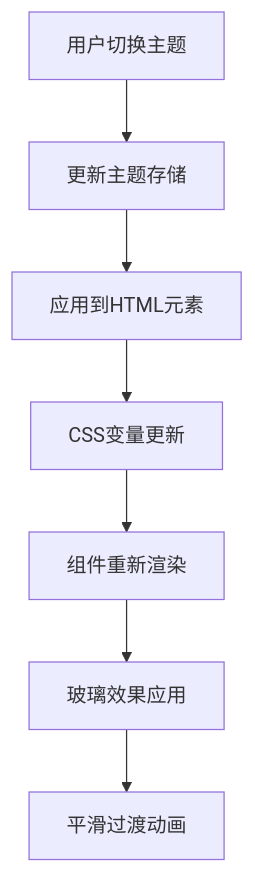
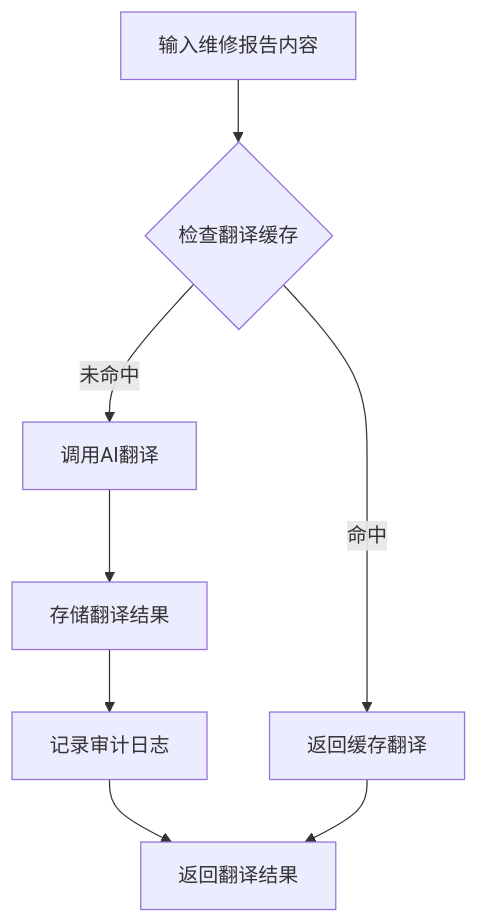
Before and after one commit to CubeEdge/Longhorn: diagram 12 of 17 in .qoder/repowiki/zh/content/Admin Settings Component.md, drawn with Mermaid. The commit also changed other lines of this file and 53 other files, not shown here.

````diff
--- a/.qoder/repowiki/zh/content/Admin Settings Component.md
+++ b/.qoder/repowiki/zh/content/Admin Settings Component.md
@@ -423,9 +712,10 @@
 ```mermaid
 flowchart TD
-UserAction[用户切换主题] --> StoreUpdate[更新主题存储]
-StoreUpdate --> DOMApply[应用到HTML元素]
-DOMApply --> CSSVars[CSS变量更新]
-CSSVars --> ComponentRender[组件重新渲染]
-ComponentRender --> GlassEffect[玻璃效果应用]
-GlassEffect --> SmoothTransition[平滑过渡动画]
+Input[输入维修报告内容] --> CheckCache{检查翻译缓存}
+CheckCache --> |命中| ReturnCache[返回缓存翻译]
+CheckCache --> |未命中| CallAI[调用AI翻译]
+CallAI --> StoreCache[存储翻译结果]
+StoreCache --> LogAudit[记录审计日志]
+LogAudit --> ReturnResult[返回翻译结果]
+ReturnCache --> ReturnResult
 ```
````
